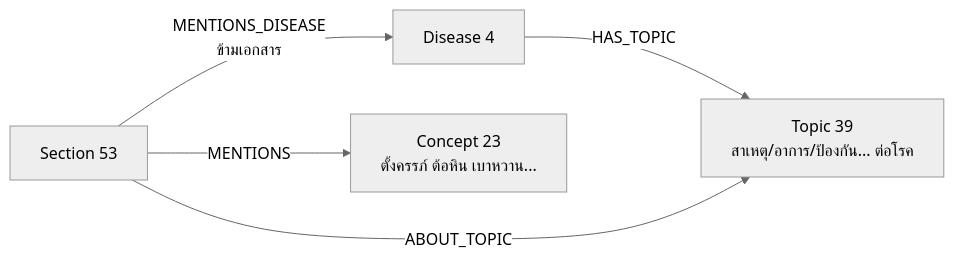
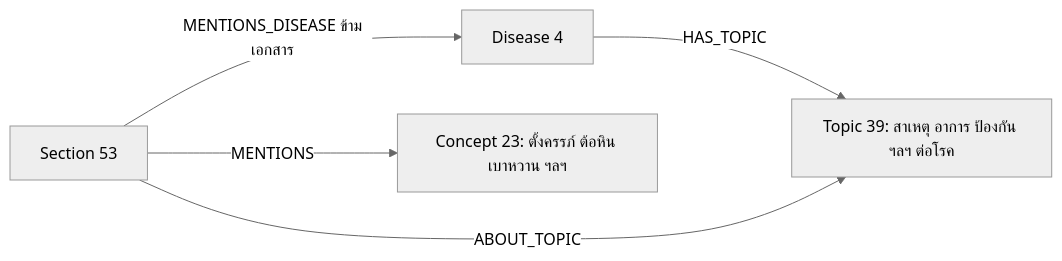
The second of 2 diagrams in README.md (natthananmooo/kdai-nlp-rag-assignment-68056035), drawn with Mermaid (neutral theme) before and after one commit. The commit also changed other lines of this file and 4 other files, not shown here.

````diff
--- a/README.md
+++ b/README.md
@@ -110,7 +164,7 @@
 ```mermaid
 flowchart LR
-  D[Disease 4] -->|HAS_TOPIC| T[Topic 39<br/>สาเหตุ/อาการ/ป้องกัน... ต่อโรค]
-  S[Section 53] -->|ABOUT_TOPIC| T
-  S -->|MENTIONS| C[Concept 23<br/>ตั้งครรภ์ ต้อหิน เบาหวาน...]
-  S -->|MENTIONS_DISEASE<br/>ข้ามเอกสาร| D
+  D["Disease 4"] -- "HAS_TOPIC" --> T["Topic 39: สาเหตุ อาการ ป้องกัน ฯลฯ ต่อโรค"]
+  S["Section 53"] -- "ABOUT_TOPIC" --> T
+  S -- "MENTIONS" --> C["Concept 23: ตั้งครรภ์ ต้อหิน เบาหวาน ฯลฯ"]
+  S -- "MENTIONS_DISEASE ข้ามเอกสาร" --> D
 ```
````
